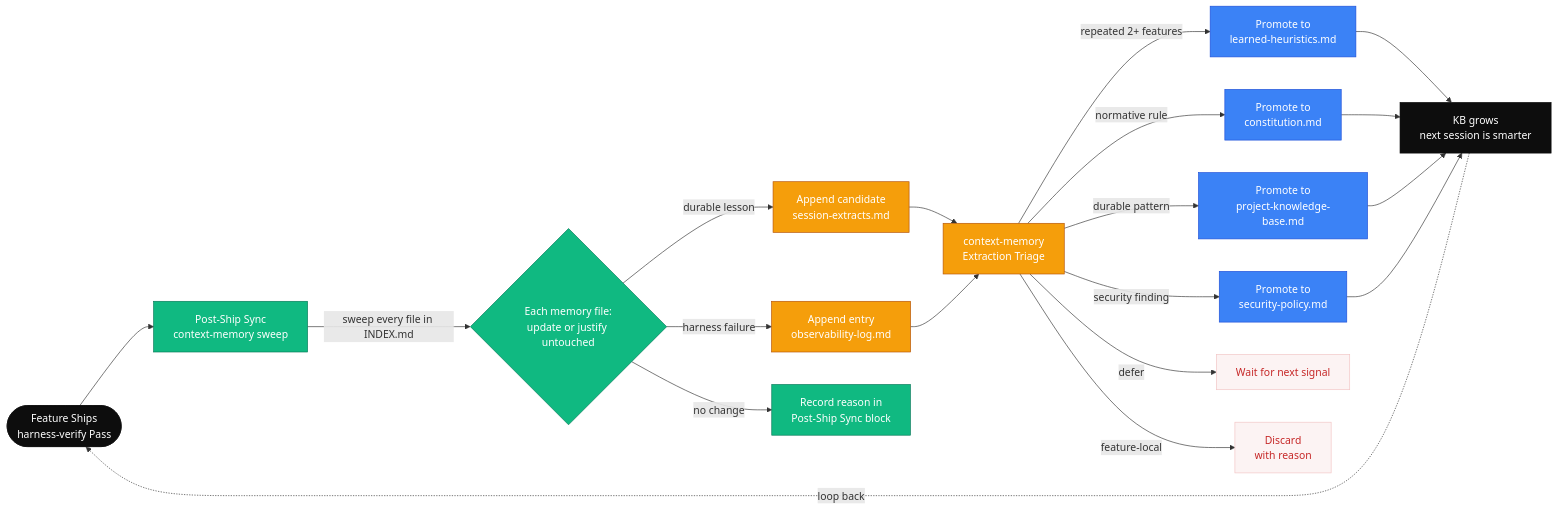
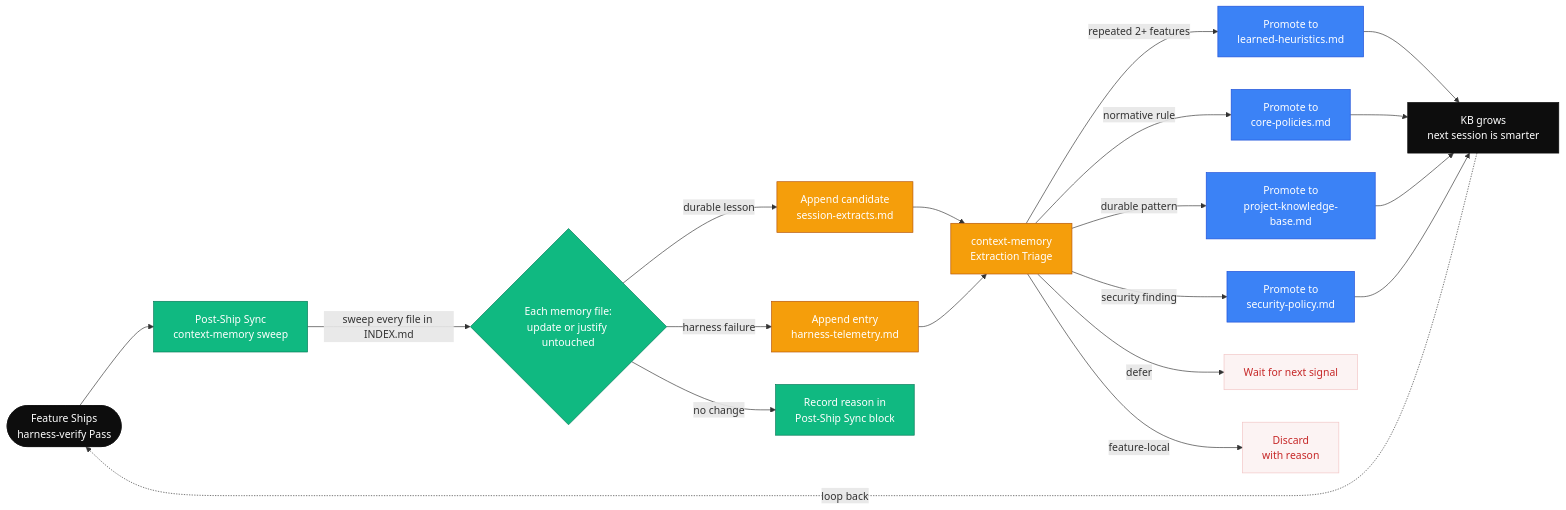
The second of 3 diagrams in documents/memory.md (thaihai-swe/CoreZero-Nexus), drawn with Mermaid before and after one commit. The commit also changed other lines of this file and 280 other files, not shown here.

First line of the commit message:
feat: Add comprehensive documentation for project architecture, code design, and domain context

````diff
--- a/documents/memory.md
+++ b/documents/memory.md
@@ -192,41 +189,41 @@
 ```mermaid
 flowchart LR
     %% Self-Improving KB Loop — ship to extract to triage to promote
 
     SHIP([Feature Ships<br/>harness-verify Pass]) --> SYNC[Post-Ship Sync<br/>context-memory sweep]
 
     SYNC -->|sweep every file in INDEX.md| FILES{Each memory file:<br/>update or justify untouched}
 
     FILES -->|durable lesson| EXT[Append candidate<br/>session-extracts.md]
-    FILES -->|harness failure| OBS[Append entry<br/>observability-log.md]
+    FILES -->|harness failure| OBS[Append entry<br/>harness-telemetry.md]
     FILES -->|no change| RECORD[Record reason in<br/>Post-Ship Sync block]
 
     EXT --> TRIAGE[context-memory<br/>Extraction Triage]
     OBS --> TRIAGE
 
     TRIAGE -->|repeated 2+ features| HEUR[Promote to<br/>learned-heuristics.md]
-    TRIAGE -->|normative rule| CONST[Promote to<br/>constitution.md]
+    TRIAGE -->|normative rule| CONST[Promote to<br/>core-policies.md]
     TRIAGE -->|durable pattern| PKB[Promote to<br/>project-knowledge-base.md]
     TRIAGE -->|security finding| SEC[Promote to<br/>security-policy.md]
     TRIAGE -->|defer| DEF[Wait for next signal]
     TRIAGE -->|feature-local| DISC[Discard<br/>with reason]
 
     HEUR --> SMARTER[KB grows<br/>next session is smarter]
     CONST --> SMARTER
     PKB --> SMARTER
     SEC --> SMARTER
 
     SMARTER -.->|loop back| SHIP
 
     classDef terminal fill:#0d0d0d,stroke:#0d0d0d,color:#fff
     classDef sync fill:#10b981,stroke:#047857,color:#fff
     classDef triage fill:#f59e0b,stroke:#b45309,color:#fff
     classDef promote fill:#3b82f6,stroke:#1d4ed8,color:#fff
     classDef discard fill:#fcf3f3,stroke:#f2c4c4,color:#c62828
 
     class SHIP,SMARTER terminal
     class SYNC,FILES,RECORD sync
     class TRIAGE,EXT,OBS triage
     class HEUR,CONST,PKB,SEC promote
     class DEF,DISC discard
 ```
````
